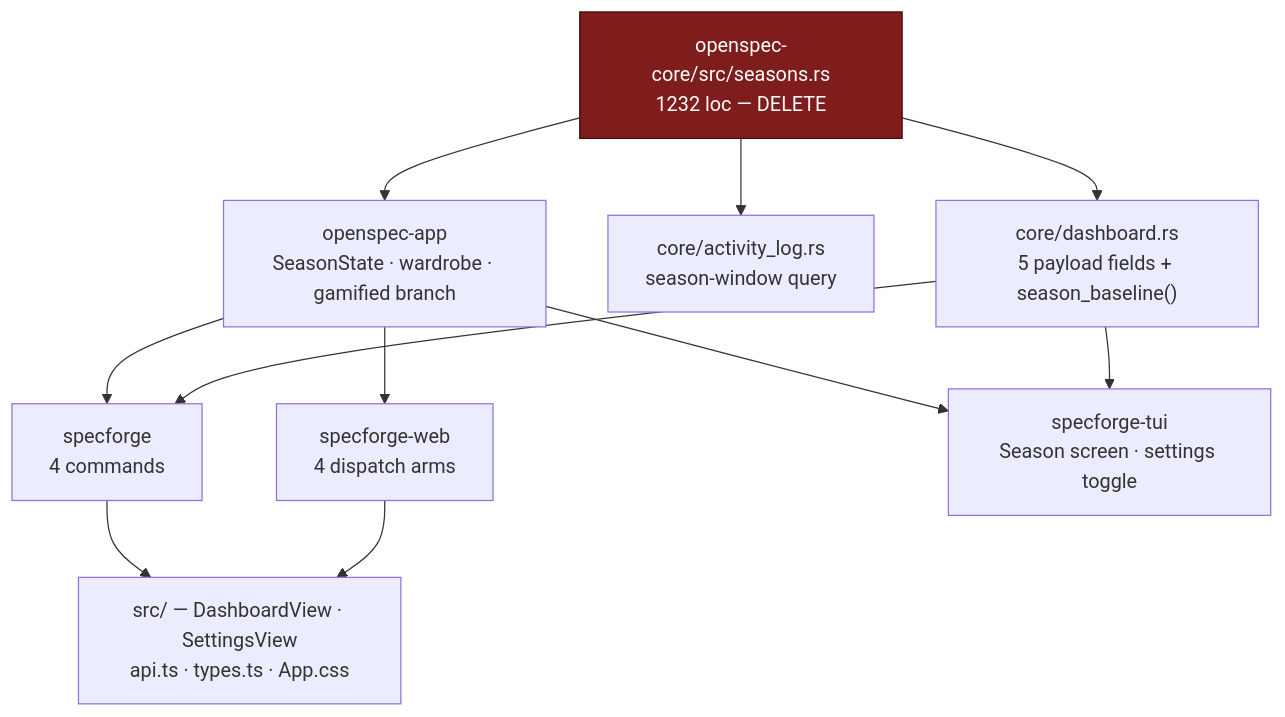
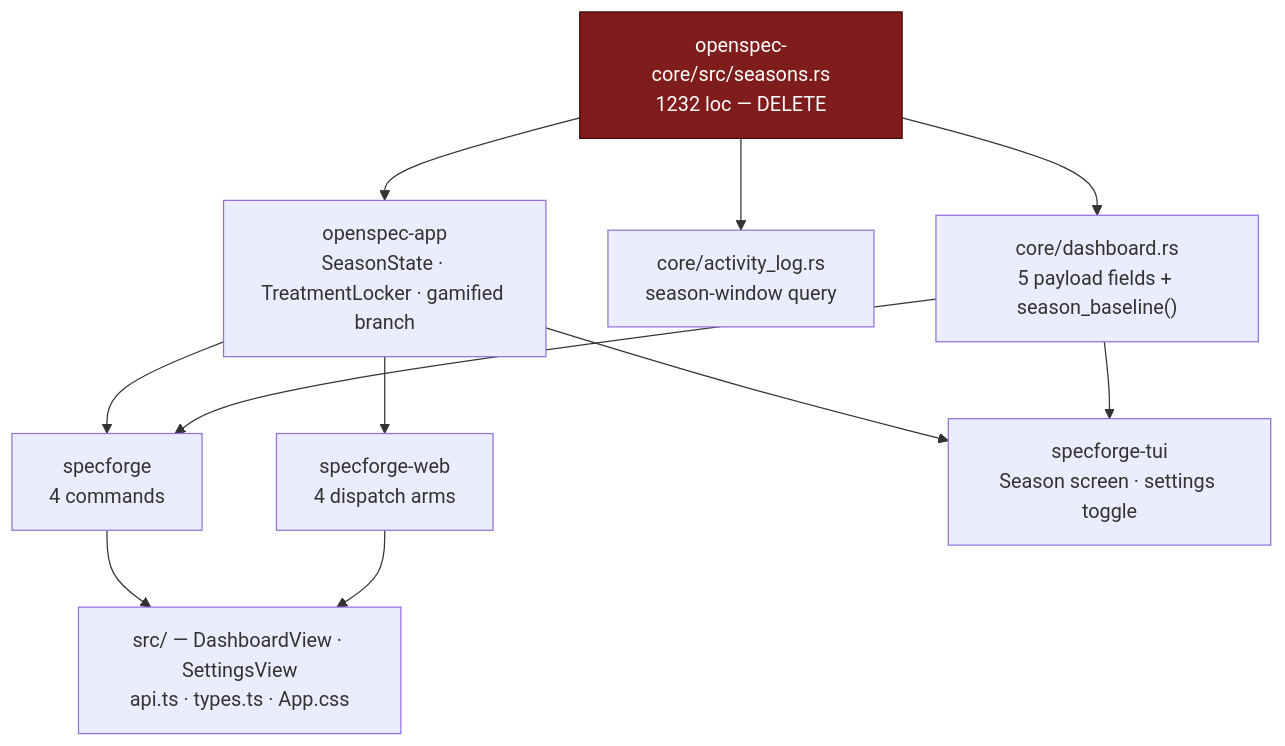
One commit to avantmedialtd/specforge changed the first of 2 diagrams in openspec/changes/remove-seasons-and-gamification-gate/design.md. Above: the diagram before and after it, drawn with Mermaid. The commit also changed other lines of this file and 7 other files, not shown here.

````diff
--- a/openspec/changes/remove-seasons-and-gamification-gate/design.md
+++ b/openspec/changes/remove-seasons-and-gamification-gate/design.md
@@ -9,19 +9,19 @@
 ```mermaid
 flowchart TD
     S["openspec-core/src/seasons.rs<br/>1232 loc — DELETE"]
 
     S --> DB["core/dashboard.rs<br/>5 payload fields + season_baseline()"]
     S --> AL["core/activity_log.rs<br/>season-window query"]
-    S --> APP["openspec-app<br/>SeasonState · wardrobe · gamified branch"]
+    S --> APP["openspec-app<br/>SeasonState · TreatmentLocker · gamified branch"]
 
     APP --> TAURI["specforge<br/>4 commands"]
     APP --> WEB["specforge-web<br/>4 dispatch arms"]
     APP --> TUI["specforge-tui<br/>Season screen · settings toggle"]
     DB --> TAURI
     DB --> TUI
 
     TAURI --> FE["src/ — DashboardView · SettingsView<br/>api.ts · types.ts · App.css"]
     WEB --> FE
 
     style S fill:#7f1d1d,color:#fff,stroke:#450a0a
 ```
````
